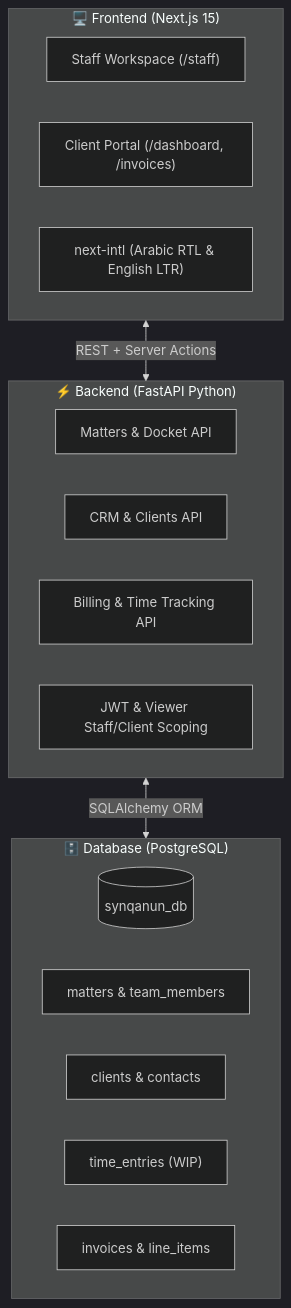
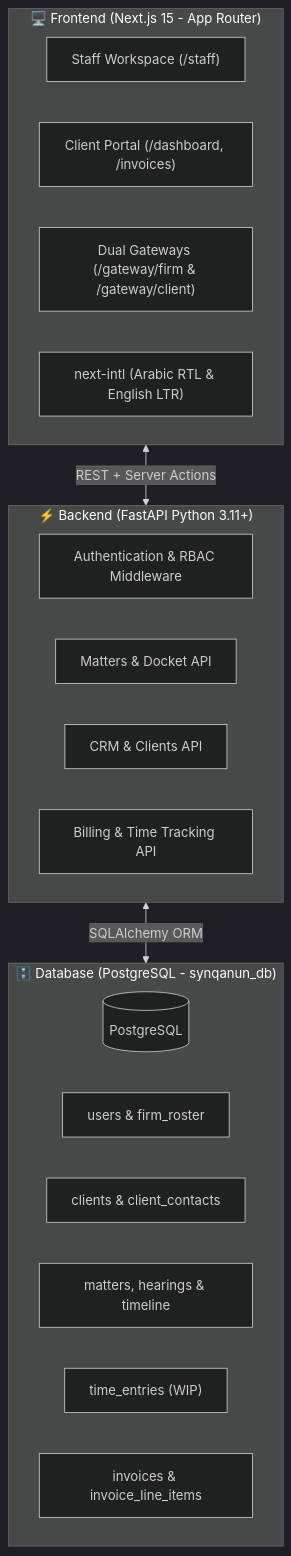
The diagram in README.md (EzzAhmed9/synqanun), drawn with Mermaid (dark theme) before and after one commit. The commit also changed other lines of this file, not shown here.

Commit message:
docs: enrich README with full CRM, Matters, Billing, Auth details, and pending modules (Mueen & Legal DB)

````diff
--- a/README.md
+++ b/README.md
@@ -12,26 +12,28 @@
 ```mermaid
 flowchart TD
-    subgraph ClientLayer["🖥️ Frontend (Next.js 15)"]
+    subgraph ClientLayer["🖥️ Frontend (Next.js 15 - App Router)"]
         StaffApp["Staff Workspace (/staff)"]
         ClientPortal["Client Portal (/dashboard, /invoices)"]
+        AuthGateways["Dual Gateways (/gateway/firm & /gateway/client)"]
         I18n["next-intl (Arabic RTL & English LTR)"]
     end
 
-    subgraph APILayer["⚡ Backend (FastAPI Python)"]
+    subgraph APILayer["⚡ Backend (FastAPI Python 3.11+)"]
+        AuthAPI["Authentication & RBAC Middleware"]
         MattersAPI["Matters & Docket API"]
         ClientsAPI["CRM & Clients API"]
         BillingAPI["Billing & Time Tracking API"]
-        AuthMiddleware["JWT & Viewer Staff/Client Scoping"]
     end
 
-    subgraph DataLayer["🗄️ Database (PostgreSQL)"]
-        DB[(synqanun_db)]
-        T1["matters & team_members"]
-        T2["clients & contacts"]
-        T3["time_entries (WIP)"]
-        T4["invoices & line_items"]
+    subgraph DataLayer["🗄️ Database (PostgreSQL - synqanun_db)"]
+        DB[(PostgreSQL)]
+        T1["users & firm_roster"]
+        T2["clients & client_contacts"]
+        T3["matters, hearings & timeline"]
+        T4["time_entries (WIP)"]
+        T5["invoices & invoice_line_items"]
     end
 
     ClientLayer <-->|REST + Server Actions| APILayer
     APILayer <-->|SQLAlchemy ORM| DataLayer
 ```
````
